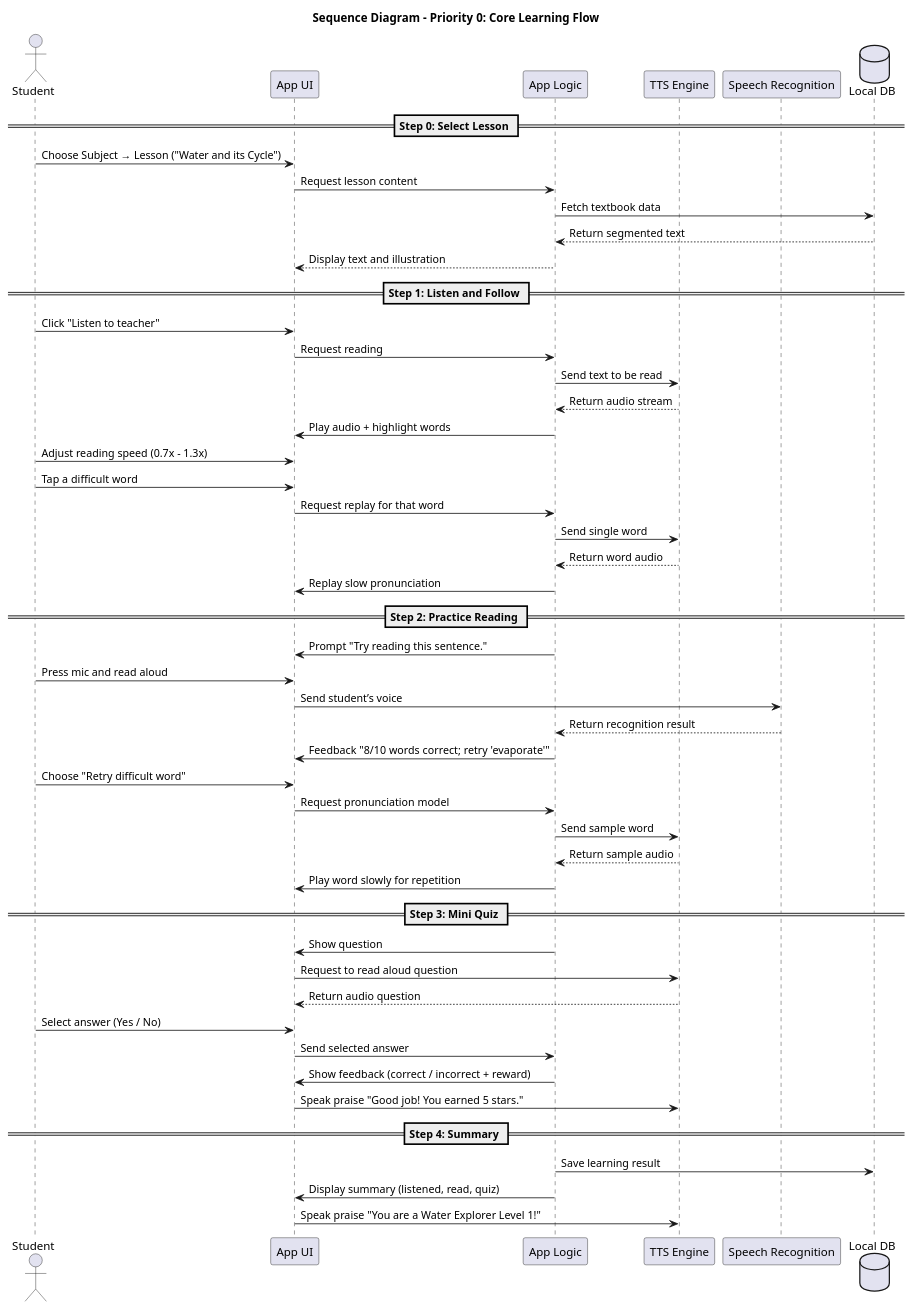
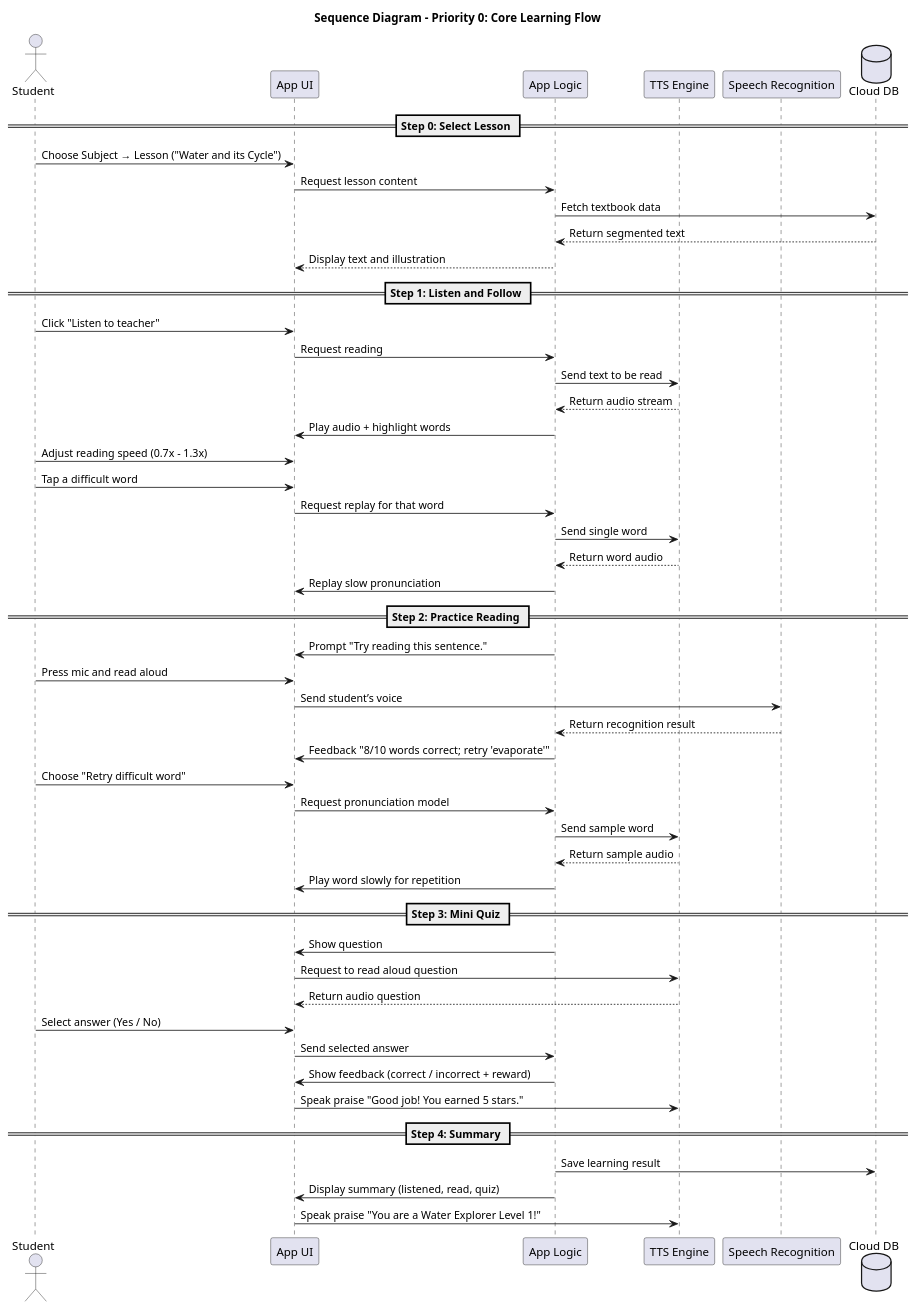
Before and after one commit to 23021600-TranGiaKhanh/TTNM_sequence_diagram: the diagram in sequence_diagram/sequence0_diagram.puml, drawn with PlantUML. The commit also changed 3 other files, not shown here.

```diff
--- a/sequence_diagram/sequence0_diagram.puml
+++ b/sequence_diagram/sequence0_diagram.puml
@@ -1,57 +1,57 @@
 @startuml CoreFlow
 title Sequence Diagram - Priority 0: Core Learning Flow
 
 actor "Student" as U
 participant "App UI" as UI
 participant "App Logic" as Logic
 participant "TTS Engine" as TTS
 participant "Speech Recognition" as SR
-database "Local DB" as DB
+database "Cloud DB" as DB
 
 == Step 0: Select Lesson ==
 U -> UI: Choose Subject → Lesson ("Water and its Cycle")
 UI -> Logic: Request lesson content
 Logic -> DB: Fetch textbook data
 DB --> Logic: Return segmented text
 Logic --> UI: Display text and illustration
 
 == Step 1: Listen and Follow ==
 U -> UI: Click "Listen to teacher"
 UI -> Logic: Request reading
 Logic -> TTS: Send text to be read
 TTS --> Logic: Return audio stream
 Logic -> UI: Play audio + highlight words
 U -> UI: Adjust reading speed (0.7x – 1.3x)
 U -> UI: Tap a difficult word
 UI -> Logic: Request replay for that word
 Logic -> TTS: Send single word
 TTS --> Logic: Return word audio
 Logic -> UI: Replay slow pronunciation
 
 == Step 2: Practice Reading ==
 Logic -> UI: Prompt "Try reading this sentence."
 U -> UI: Press mic and read aloud
 UI -> SR: Send student’s voice
 SR --> Logic: Return recognition result
 Logic -> UI: Feedback "8/10 words correct; retry 'evaporate'"
 U -> UI: Choose "Retry difficult word"
 UI -> Logic: Request pronunciation model
 Logic -> TTS: Send sample word
 TTS --> Logic: Return sample audio
 Logic -> UI: Play word slowly for repetition
 
 == Step 3: Mini Quiz ==
 Logic -> UI: Show question
 UI -> TTS: Request to read aloud question
 TTS --> UI: Return audio question
 U -> UI: Select answer (Yes / No)
 UI -> Logic: Send selected answer
 Logic -> UI: Show feedback (correct / incorrect + reward)
 UI -> TTS: Speak praise "Good job! You earned 5 stars."
 
 == Step 4: Summary ==
 Logic -> DB: Save learning result
 Logic -> UI: Display summary (listened, read, quiz)
 UI -> TTS: Speak praise "You are a Water Explorer Level 1!"
 
 @enduml
```
